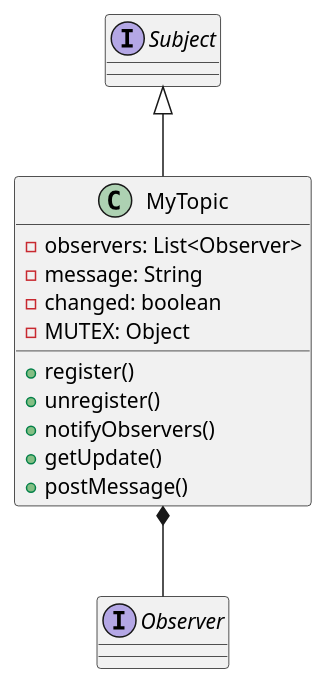
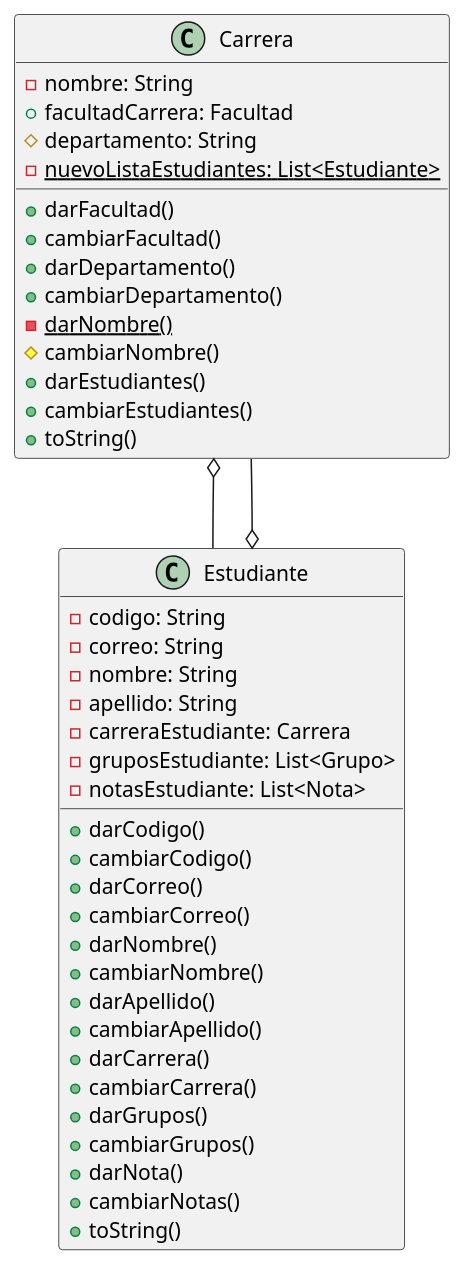
Before and after one commit to afmoyar/Java-Documentator: the diagram in Java-documentator/Documentation/Class_diagram.puml, drawn with PlantUML. The commit also changed 3 other files, not shown here.

```diff
--- a/Java-documentator/Documentation/Class_diagram.puml
+++ b/Java-documentator/Documentation/Class_diagram.puml
@@ -1,19 +1,43 @@
 @startuml
-Interface Subject{
+class Carrera{
+	-nombre: String
+	+facultadCarrera: Facultad
+	#departamento: String
+	-{static}nuevoListaEstudiantes: List<Estudiante>
+	+darFacultad()
+	+cambiarFacultad()
+	+darDepartamento()
+	+cambiarDepartamento()
+	-{static}darNombre()
+	#cambiarNombre()
+	+darEstudiantes()
+	+cambiarEstudiantes()
+	+toString()
 }
-Interface Observer{
+class Estudiante{
+	-codigo: String
+	-correo: String
+	-nombre: String
+	-apellido: String
+	-carreraEstudiante: Carrera
+	-gruposEstudiante: List<Grupo>
+	-notasEstudiante: List<Nota>
+	+darCodigo()
+	+cambiarCodigo()
+	+darCorreo()
+	+cambiarCorreo()
+	+darNombre()
+	+cambiarNombre()
+	+darApellido()
+	+cambiarApellido()
+	+darCarrera()
+	+cambiarCarrera()
+	+darGrupos()
+	+cambiarGrupos()
+	+darNota()
+	+cambiarNotas()
+	+toString()
 }
-class MyTopic{
-	-observers: List<Observer>
-	-message: String
-	-changed: boolean
-	-MUTEX: Object
-	+register()
-	+unregister()
-	+notifyObservers()
-	+getUpdate()
-	+postMessage()
-}
-MyTopic *-- Observer
-Subject <|-- MyTopic
+Carrera o-- Estudiante
+Estudiante o-- Carrera
 @enduml
```
